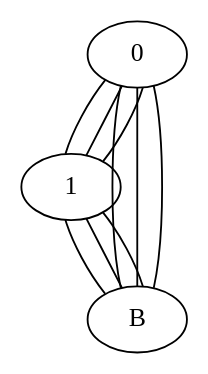
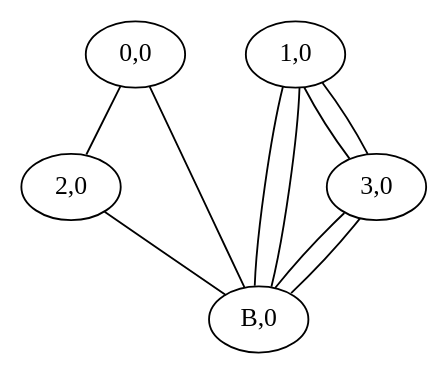
Before and after one commit to jpmarceaux/QuantumHardwareSubgroup: the diagram in lib/decoder_graph_files/decode_graph_Z.dot, drawn with Graphviz. The commit also changed 14 other files, not shown here.

```diff
--- a/lib/decoder_graph_files/decode_graph_Z.dot
+++ b/lib/decoder_graph_files/decode_graph_Z.dot
@@ -1,11 +1,11 @@
 graph "" {
-	0 -- 1	[key=0];
-	0 -- 1	[key=1];
-	0 -- 1	[key=2];
-	0 -- B	[key=0];
-	0 -- B	[key=1];
-	0 -- B	[key=2];
-	1 -- B	[key=0];
-	1 -- B	[key=1];
-	1 -- B	[key=2];
+	"0,0" -- "2,0"	[key=0];
+	"0,0" -- "B,0"	[key=0];
+	"1,0" -- "3,0"	[key=0];
+	"1,0" -- "3,0"	[key=1];
+	"1,0" -- "B,0"	[key=0];
+	"1,0" -- "B,0"	[key=1];
+	"2,0" -- "B,0"	[key=0];
+	"3,0" -- "B,0"	[key=0];
+	"3,0" -- "B,0"	[key=1];
 }
```
